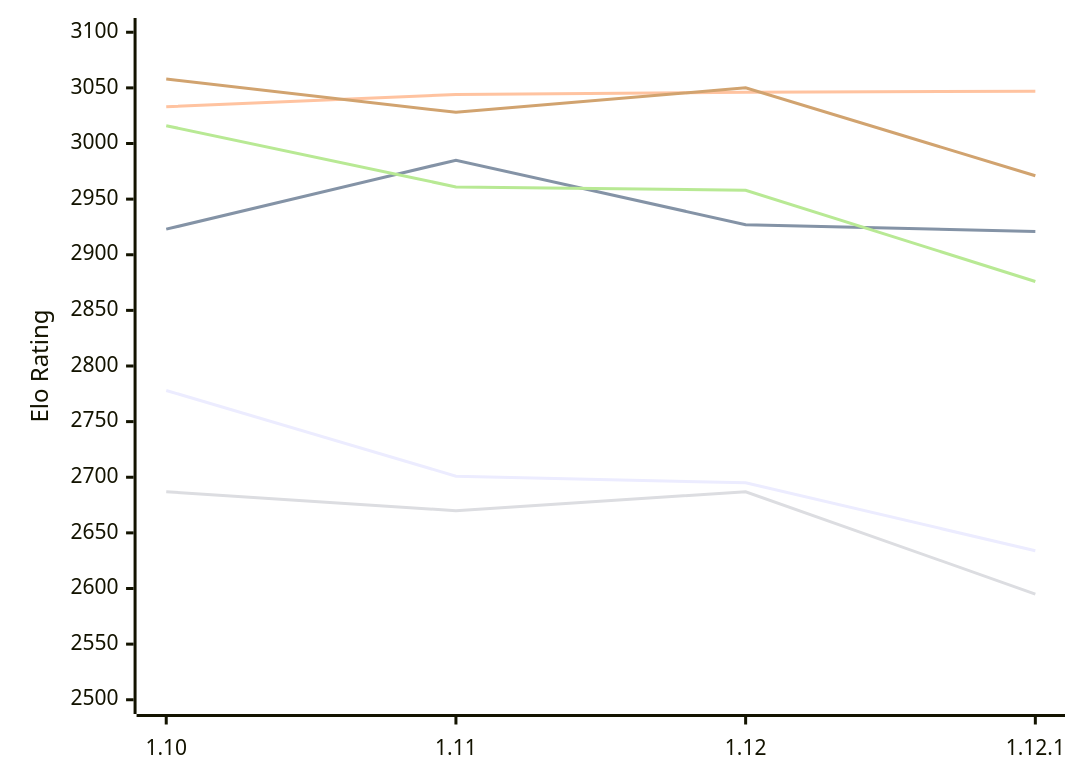
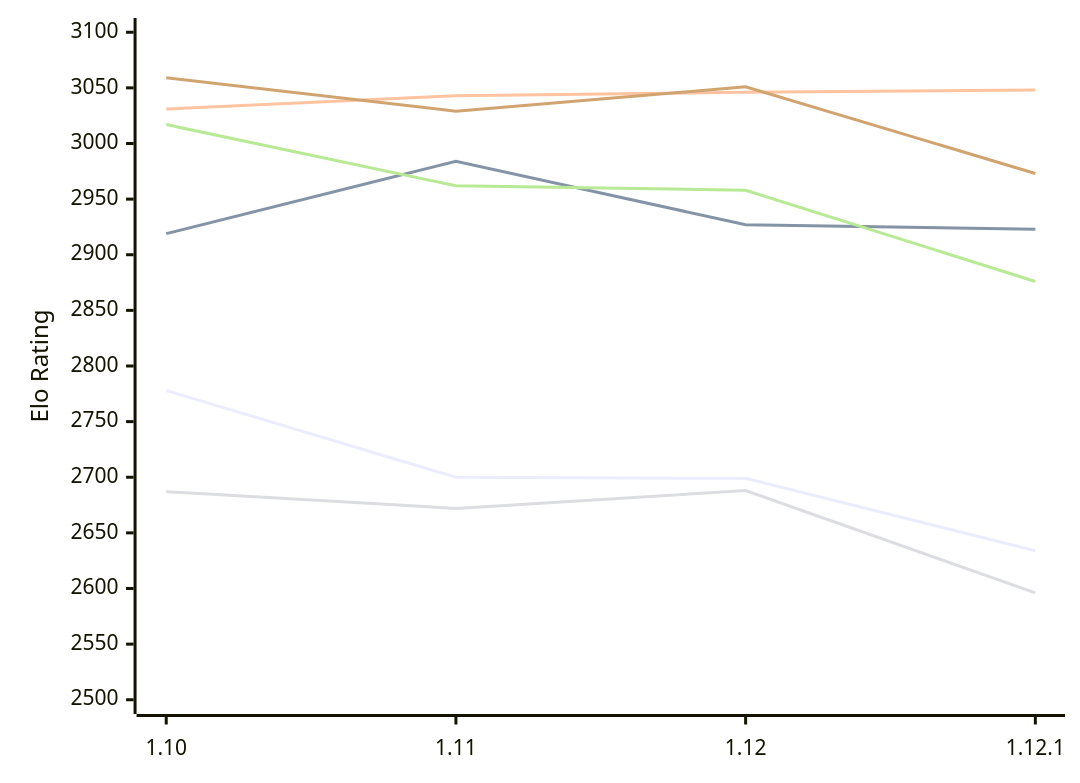
Before and after one commit to computer-chess-index/cci: the first of 2 diagrams in engines/Roc.md, drawn with Mermaid. The commit also changed other lines of this file, not shown here.

Commit message:
Update CCI Ratings (ELO VLTC) - 2026-11-28

````diff
--- a/engines/Roc.md
+++ b/engines/Roc.md
@@ -54,12 +54,12 @@
 ```mermaid
 %%{init: {"theme":"base","themeVariables":{"seriesColors:['#a3a3a3','#222221','#faa371']}}}%%
 xychart-beta
   x-axis ["1.10", "1.11", "1.12", "1.12.1"]
   y-axis "Elo Rating" 2500 --> 3100
-  line "E1: STC (8.0+0.08s)" [2778, 2701, 2695, 2634]
-  line "E1: LTC (60.0+0.60s)" [2923, 2985, 2927, 2921]
-  line "E1: VLTC (2m24s+1.12s)" [3033, 3044, 3046, 3047]
-  line "P1: STC (8.0+0.08s)" [2687, 2670, 2687, 2595]
-  line "P1: LTC (60.0+0.60s)" [3016, 2961, 2958, 2876]
-  line "P1: VLTC (2m24s+1.12s)" [3058, 3028, 3050, 2971]
+  line "E1: STC (8.0+0.08s)" [2778, 2700, 2699, 2634]
+  line "E1: LTC (60.0+0.60s)" [2919, 2984, 2927, 2923]
+  line "E1: VLTC (2m24s+1.12s)" [3031, 3043, 3046, 3048]
+  line "P1: STC (8.0+0.08s)" [2687, 2672, 2688, 2596]
+  line "P1: LTC (60.0+0.60s)" [3017, 2962, 2958, 2876]
+  line "P1: VLTC (2m24s+1.12s)" [3059, 3029, 3051, 2973]
 ```
````
